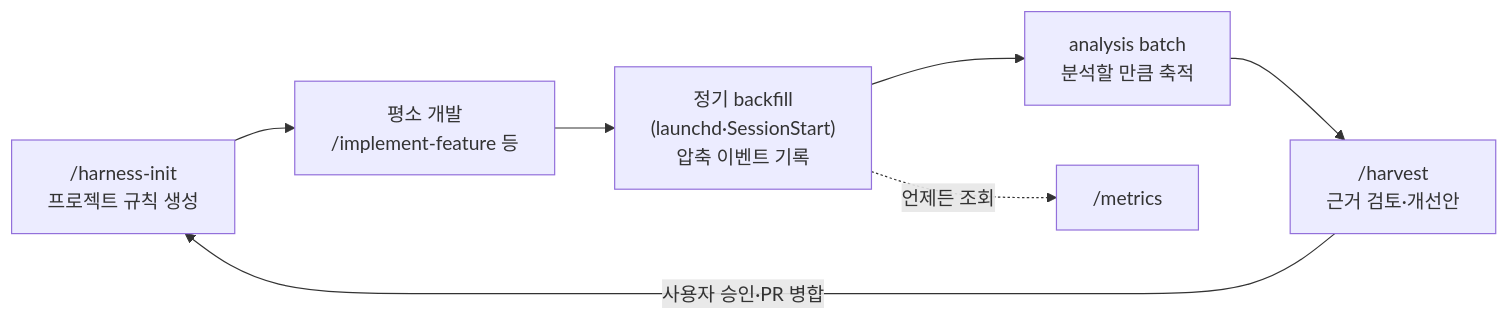
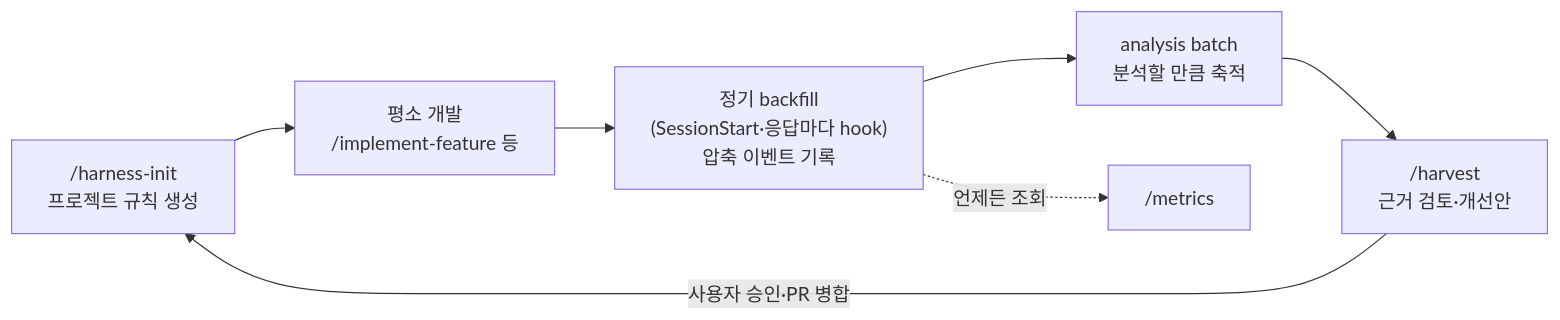
One commit to cano721/ai-harness changed the first of 4 diagrams in README.md. Above: the diagram before and after it, drawn with Mermaid. The commit also changed other lines of this file and 6 other files, not shown here.

````diff
--- a/README.md
+++ b/README.md
@@ -26,9 +26,9 @@
 ```mermaid
 flowchart LR
     A["/harness-init\n프로젝트 규칙 생성"] --> B["평소 개발\n/implement-feature 등"]
-    B --> C["정기 backfill\n(launchd·SessionStart)\n압축 이벤트 기록"]
+    B --> C["정기 backfill\n(SessionStart·응답마다 hook)\n압축 이벤트 기록"]
     C --> D["analysis batch\n분석할 만큼 축적"]
     D --> E["/harvest\n근거 검토·개선안"]
     E -->|"사용자 승인·PR 병합"| A
     C -. "언제든 조회" .-> F["/metrics"]
 ```
````
